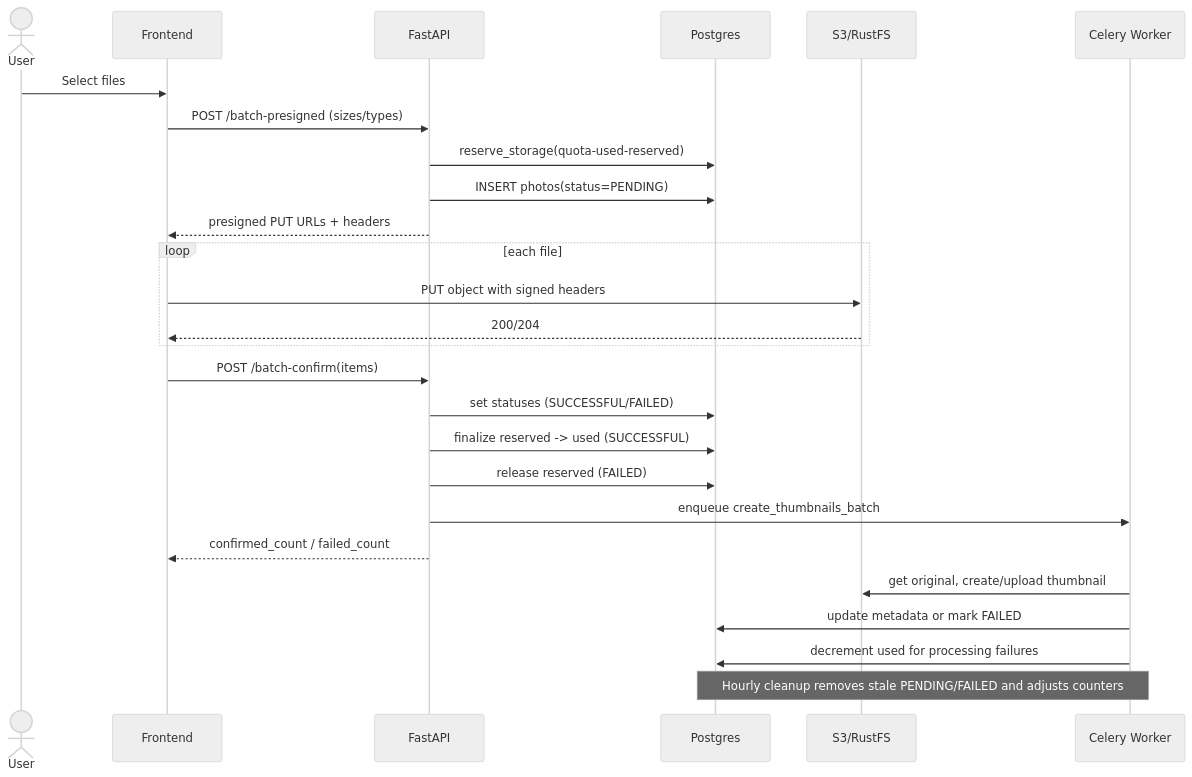
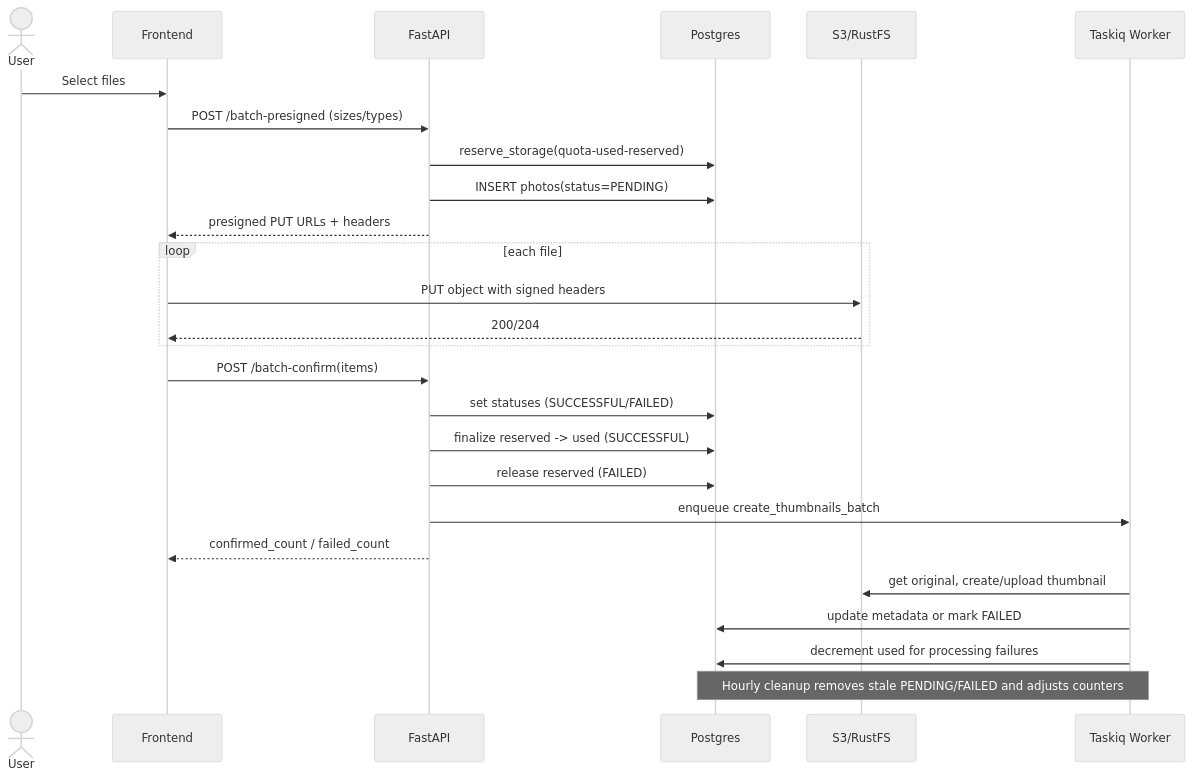
The diagram in docs/backend/quotas.md (SamuraJey/viewport), drawn with Mermaid (neutral theme) before and after one commit. The commit also changed other lines of this file and 32 other files, not shown here.

````diff
--- a/docs/backend/quotas.md
+++ b/docs/backend/quotas.md
@@ -111,33 +111,33 @@
 ```mermaid
 sequenceDiagram
     actor U as User
     participant FE as Frontend
     participant API as FastAPI
     participant DB as Postgres
     participant S3 as S3/RustFS
-    participant W as Celery Worker
+    participant W as Taskiq Worker
 
     U->>FE: Select files
     FE->>API: POST /batch-presigned (sizes/types)
     API->>DB: reserve_storage(quota-used-reserved)
     API->>DB: INSERT photos(status=PENDING)
     API-->>FE: presigned PUT URLs + headers
 
     loop each file
         FE->>S3: PUT object with signed headers
         S3-->>FE: 200/204
     end
 
     FE->>API: POST /batch-confirm(items)
     API->>DB: set statuses (SUCCESSFUL/FAILED)
     API->>DB: finalize reserved -> used (SUCCESSFUL)
     API->>DB: release reserved (FAILED)
     API->>W: enqueue create_thumbnails_batch
     API-->>FE: confirmed_count / failed_count
 
     W->>S3: get original, create/upload thumbnail
     W->>DB: update metadata or mark FAILED
     W->>DB: decrement used for processing failures
 
     Note over W,DB: Hourly cleanup removes stale PENDING/FAILED and adjusts counters
 ```
````
